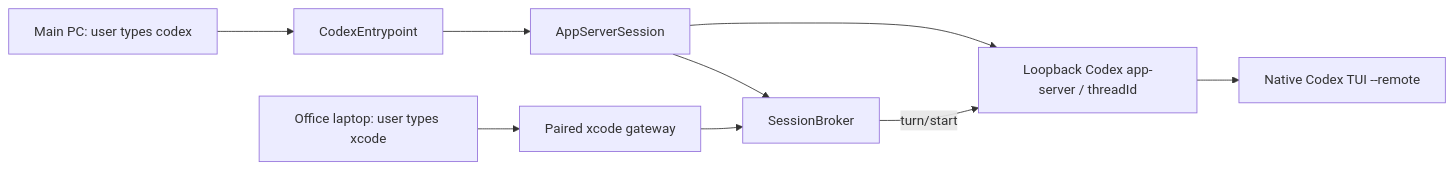
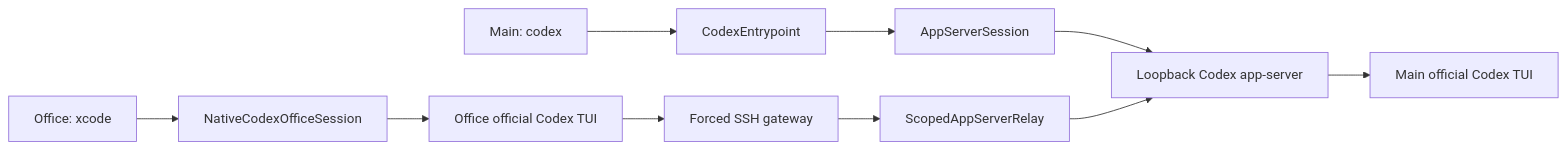
One commit to hanhan761/xcode changed the diagram in docs/codex-session-handoff.md. Above: the diagram before and after it, drawn with Mermaid. The commit also changed other lines of this file and 24 other files, not shown here.

Commit message:
feat: run official Codex TUI on both devices

````diff
--- a/docs/codex-session-handoff.md
+++ b/docs/codex-session-handoff.md
@@ -87,11 +49,12 @@
 ```mermaid
 flowchart LR
-  L[Main PC: user types codex] --> E[CodexEntrypoint]
-  E --> R[AppServerSession]
-  R --> C[Loopback Codex app-server / threadId]
-  C --> T[Native Codex TUI --remote]
-  R --> B[SessionBroker]
-  O[Office laptop: user types xcode] --> G[Paired xcode gateway]
-  G --> B
-  B -->|turn/start| C
+  L[Main: codex] --> E[CodexEntrypoint]
+  E --> S[AppServerSession]
+  S --> A[Loopback Codex app-server]
+  A --> M[Main official Codex TUI]
+  O[Office: xcode] --> N[NativeCodexOfficeSession]
+  N --> T[Office official Codex TUI]
+  T --> G[Forced SSH gateway]
+  G --> P[ScopedAppServerRelay]
+  P --> A
 ```
````
